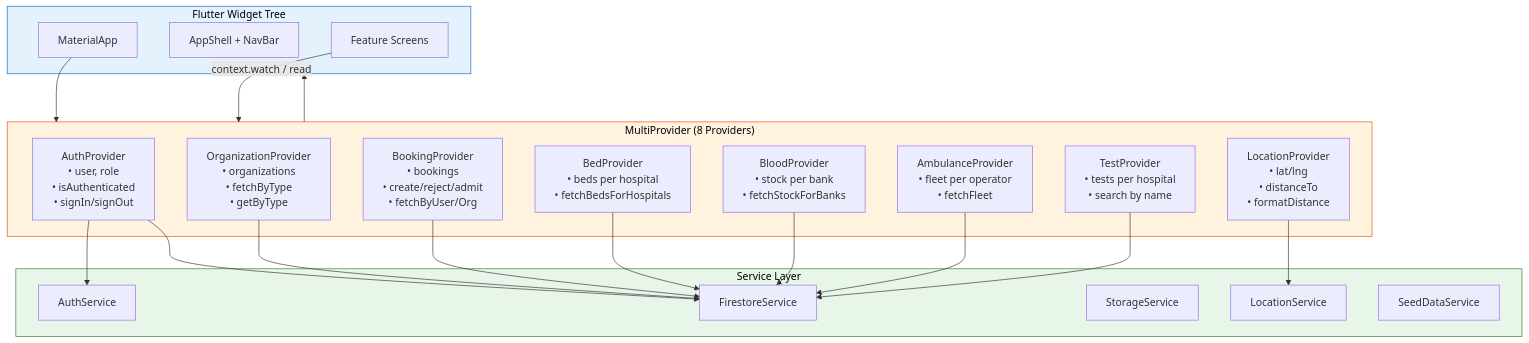
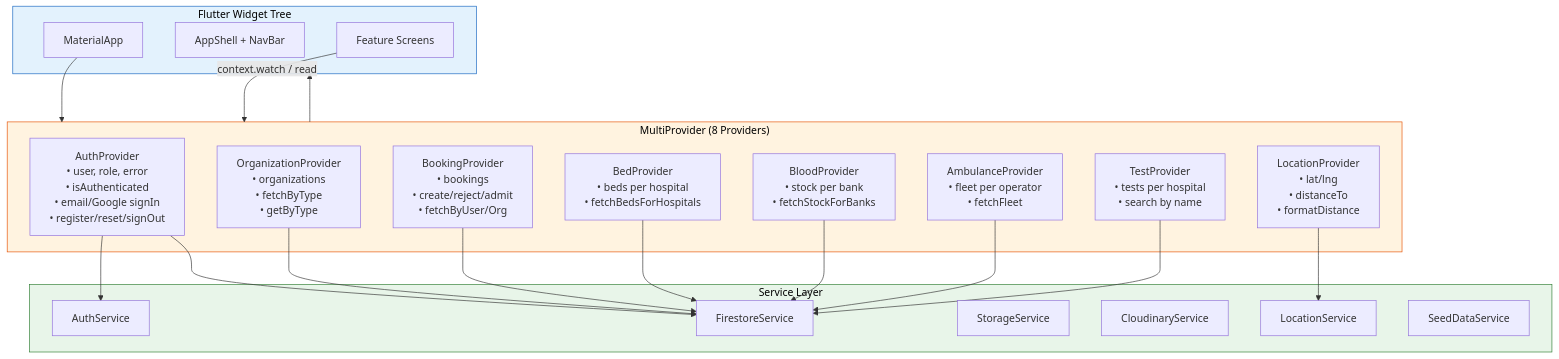
Before and after one commit to Aurorabtw/emergency-health-services: diagram 13 of 14 in SDP_Report_Diagrams.md, drawn with Mermaid. The commit also changed other lines of this file and 1 other file, not shown here.

First line of the commit message:
Update SDP report diagrams and LaTeX for current tech stack

````diff
--- a/SDP_Report_Diagrams.md
+++ b/SDP_Report_Diagrams.md
@@ -602,44 +615,45 @@
 ```mermaid
 graph TB
     subgraph UI["Flutter Widget Tree"]
         MS[MaterialApp]
         AS[AppShell + NavBar]
         Screens[Feature Screens]
     end
 
     subgraph MP["MultiProvider (8 Providers)"]
-        AP[AuthProvider\n• user, role\n• isAuthenticated\n• signIn/signOut]
+        AP[AuthProvider\n• user, role, error\n• isAuthenticated\n• email/Google signIn\n• register/reset/signOut]
         LP[LocationProvider\n• lat/lng\n• distanceTo\n• formatDistance]
         OP[OrganizationProvider\n• organizations\n• fetchByType\n• getByType]
         BKP[BookingProvider\n• bookings\n• create/reject/admit\n• fetchByUser/Org]
         BedP[BedProvider\n• beds per hospital\n• fetchBedsForHospitals]
         BlP[BloodProvider\n• stock per bank\n• fetchStockForBanks]
         AmP[AmbulanceProvider\n• fleet per operator\n• fetchFleet]
         TP[TestProvider\n• tests per hospital\n• search by name]
     end
 
     subgraph SVC["Service Layer"]
         AuthS[AuthService]
         FireS[FirestoreService]
         StorS[StorageService]
+        CldS[CloudinaryService]
         LocS[LocationService]
         SeedS[SeedDataService]
     end
 
     MS --> MP
     MP --> UI
     Screens -->|context.watch / read| MP
     AP --> AuthS
     AP --> FireS
     OP --> FireS
     BKP --> FireS
     BedP --> FireS
     BlP --> FireS
     AmP --> FireS
     TP --> FireS
     LP --> LocS
 
     style UI fill:#e3f2fd,stroke:#1565c0,color:#000
     style MP fill:#fff3e0,stroke:#e65100,color:#000
     style SVC fill:#e8f5e9,stroke:#2e7d32,color:#000
 ```
````
